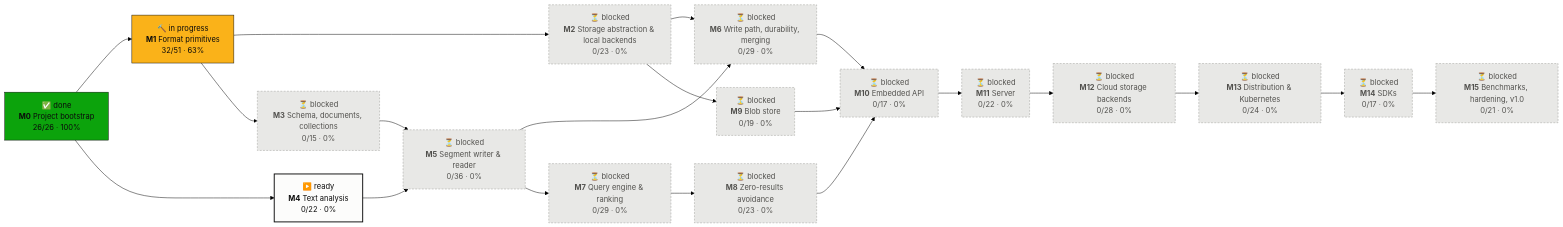
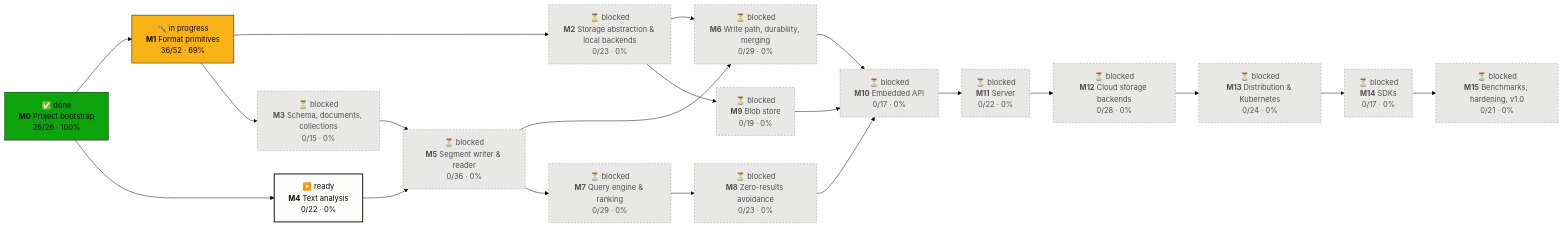
The first of 2 diagrams in PROGRESS.md (tomiok/persiaDB), drawn with Mermaid (forest theme) before and after one commit. The commit also changed other lines of this file and 7 other files, not shown here.

First line of the commit message:
fix(format): address batch review of 1.6; tick ROADMAP 1.6.1.1, 1.6.1.2, 1.6.2, 1.6.3.1

````diff
--- a/PROGRESS.md
+++ b/PROGRESS.md
@@ -14,42 +14,42 @@
 ```mermaid
 flowchart LR
   M0["✅ done<br/><b>M0</b> Project bootstrap<br/>26/26 · 100%"]:::done
-  M1["🔨 in progress<br/><b>M1</b> Format primitives<br/>32/51 · 63%"]:::doing
+  M1["🔨 in progress<br/><b>M1</b> Format primitives<br/>36/52 · 69%"]:::doing
   M2["⏳ blocked<br/><b>M2</b> Storage abstraction & local backends<br/>0/23 · 0%"]:::blocked
   M3["⏳ blocked<br/><b>M3</b> Schema, documents, collections<br/>0/15 · 0%"]:::blocked
   M4["▶️ ready<br/><b>M4</b> Text analysis<br/>0/22 · 0%"]:::ready
   M5["⏳ blocked<br/><b>M5</b> Segment writer & reader<br/>0/36 · 0%"]:::blocked
   M6["⏳ blocked<br/><b>M6</b> Write path, durability, merging<br/>0/29 · 0%"]:::blocked
   M7["⏳ blocked<br/><b>M7</b> Query engine & ranking<br/>0/29 · 0%"]:::blocked
   M8["⏳ blocked<br/><b>M8</b> Zero-results avoidance<br/>0/23 · 0%"]:::blocked
   M9["⏳ blocked<br/><b>M9</b> Blob store<br/>0/19 · 0%"]:::blocked
   M10["⏳ blocked<br/><b>M10</b> Embedded API<br/>0/17 · 0%"]:::blocked
   M11["⏳ blocked<br/><b>M11</b> Server<br/>0/22 · 0%"]:::blocked
   M12["⏳ blocked<br/><b>M12</b> Cloud storage backends<br/>0/28 · 0%"]:::blocked
   M13["⏳ blocked<br/><b>M13</b> Distribution & Kubernetes<br/>0/24 · 0%"]:::blocked
   M14["⏳ blocked<br/><b>M14</b> SDKs<br/>0/17 · 0%"]:::blocked
   M15["⏳ blocked<br/><b>M15</b> Benchmarks, hardening, v1.0<br/>0/21 · 0%"]:::blocked
   M0 --> M1
   M1 --> M2
   M1 --> M3
   M0 --> M4
   M3 --> M5
   M4 --> M5
   M2 --> M6
   M5 --> M6
   M5 --> M7
   M7 --> M8
   M2 --> M9
   M6 --> M10
   M8 --> M10
   M9 --> M10
   M10 --> M11
   M11 --> M12
   M12 --> M13
   M13 --> M14
   M14 --> M15
   classDef done fill:#0ca30c,stroke:#0b0b0b,color:#0b0b0b
   classDef doing fill:#fab219,stroke:#0b0b0b,color:#0b0b0b
   classDef ready fill:#fcfcfb,stroke:#0b0b0b,stroke-width:2px,color:#0b0b0b
   classDef blocked fill:#e8e8e6,stroke:#9a9a96,stroke-dasharray:4 3,color:#52514e
 ```
````
